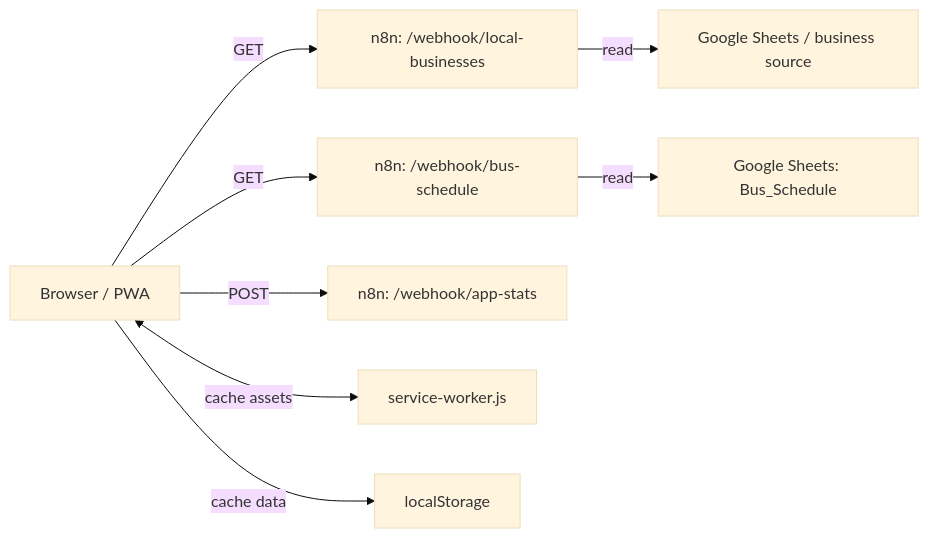
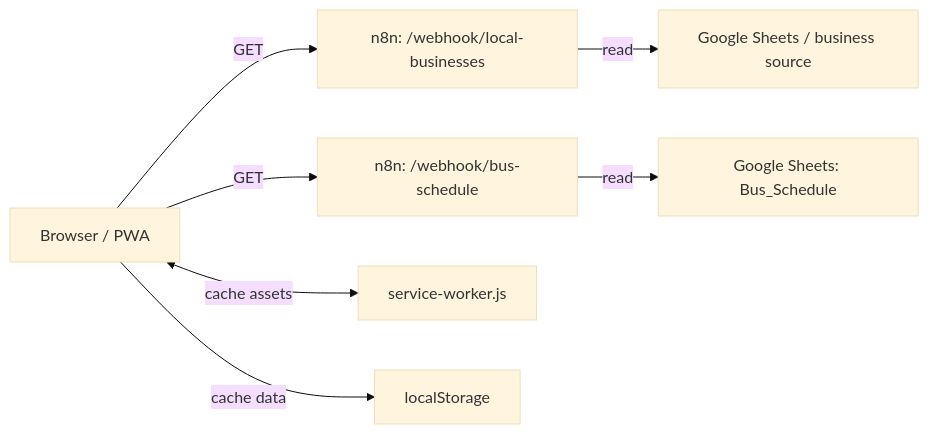
The second of 2 diagrams in ARCHITECTURE_AND_WEBHOOK_HARDENING.md (evertvanlaar/CursorKNBD), drawn with Mermaid (base theme) before and after one commit. The commit also changed other lines of this file and 1 other file, not shown here.

First line of the commit message:
chore: bump assets to 3.1.39; deprecate n8n app-stats

````diff
--- a/ARCHITECTURE_AND_WEBHOOK_HARDENING.md
+++ b/ARCHITECTURE_AND_WEBHOOK_HARDENING.md
@@ -112,12 +112,11 @@
 ```mermaid
 flowchart LR
   Browser[Browser / PWA] -->|GET| BizAPI[n8n: /webhook/local-businesses]
   Browser -->|GET| BusAPI[n8n: /webhook/bus-schedule]
-  Browser -->|POST| StatsAPI[n8n: /webhook/app-stats]
 
   BusAPI -->|read| SheetsBus[Google Sheets: Bus_Schedule]
   BizAPI -->|read| SheetsBiz[Google Sheets / business source]
 
   Browser <-->|cache assets| SW[service-worker.js]
   Browser -->|cache data| LS[localStorage]
 ```
````
